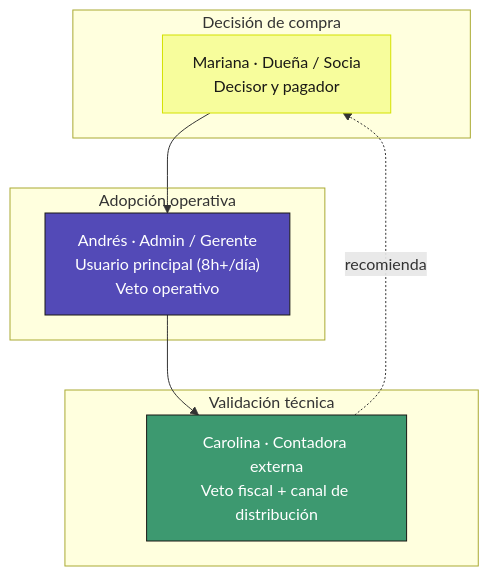
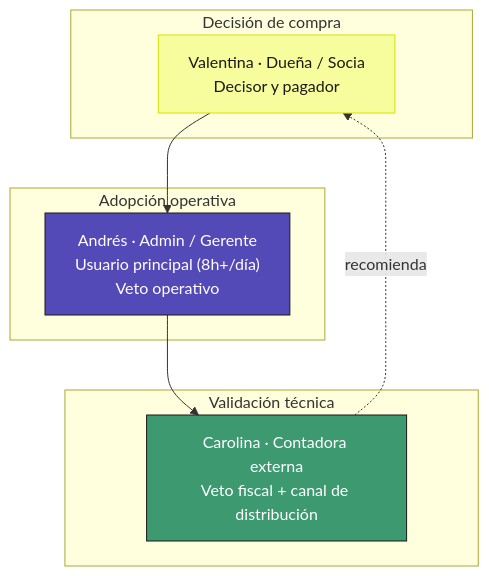
The third of 15 diagrams in Estación 2/specs/prd.md (ValentinaX63/c2), drawn with Mermaid before and after one commit. The commit also changed other lines of this file and 1 other file, not shown here.

First line of the commit message:
docs(personas): rename Mariana → Valentina en PRD + Arquitectura

````diff
--- a/Estación 2/specs/prd.md
+++ b/Estación 2/specs/prd.md
@@ -226,19 +226,19 @@
 ```mermaid
 flowchart TB
     subgraph DECISION["Decisión de compra"]
-        D[" Mariana · Dueña / Socia<br/>Decisor y pagador "]
+        D[" Valentina · Dueña / Socia<br/>Decisor y pagador "]
     end
     subgraph ADOPCION["Adopción operativa"]
         A[" Andrés · Admin / Gerente<br/>Usuario principal (8h+/día)<br/>Veto operativo "]
     end
     subgraph VALIDACION["Validación técnica"]
         C[" Carolina · Contadora externa<br/>Veto fiscal + canal de distribución "]
     end
     D --> A
     A --> C
     C -.recomienda.-> D
 
     style D fill:#f7fd9c,stroke:#d4e200,color:#1a1916
     style A fill:#534AB7,stroke:#1a1916,color:#ffffff
     style C fill:#3d9970,stroke:#1a1916,color:#ffffff
 ```
````
